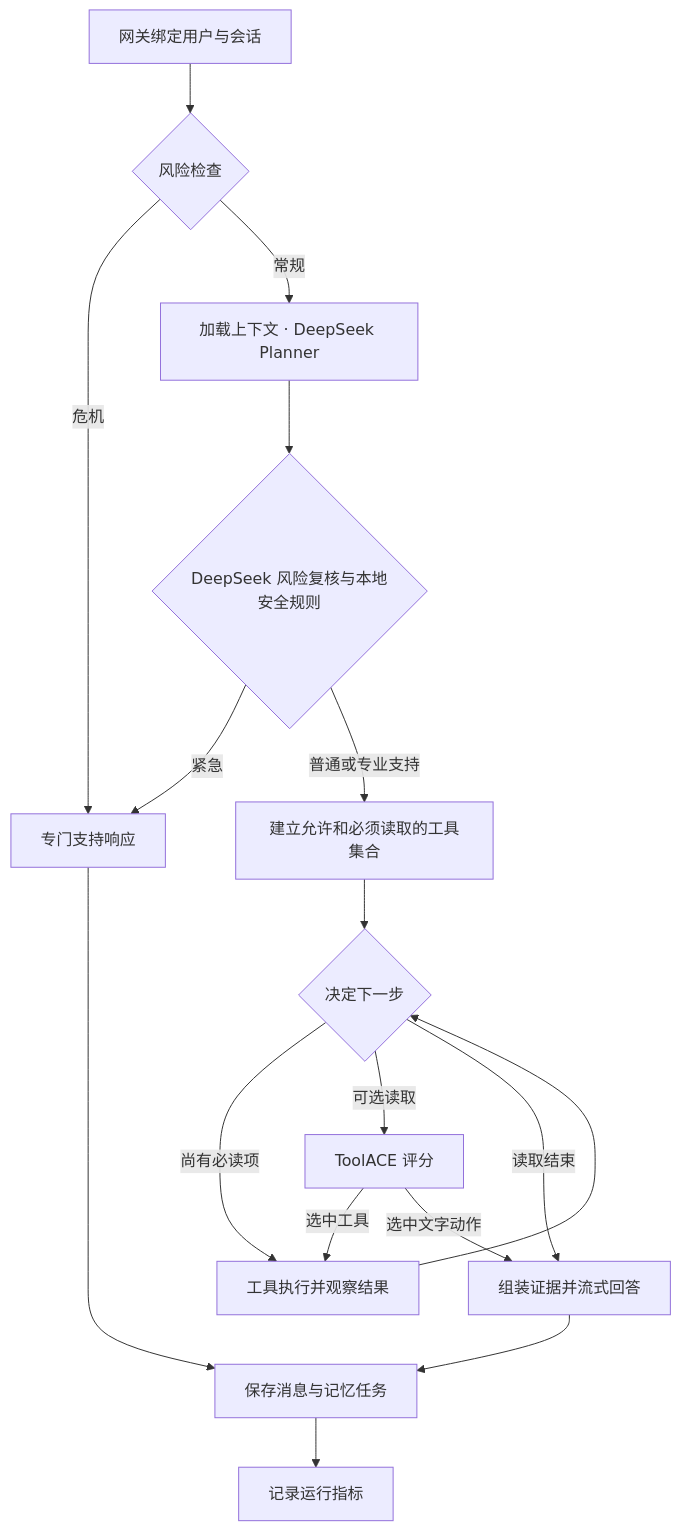
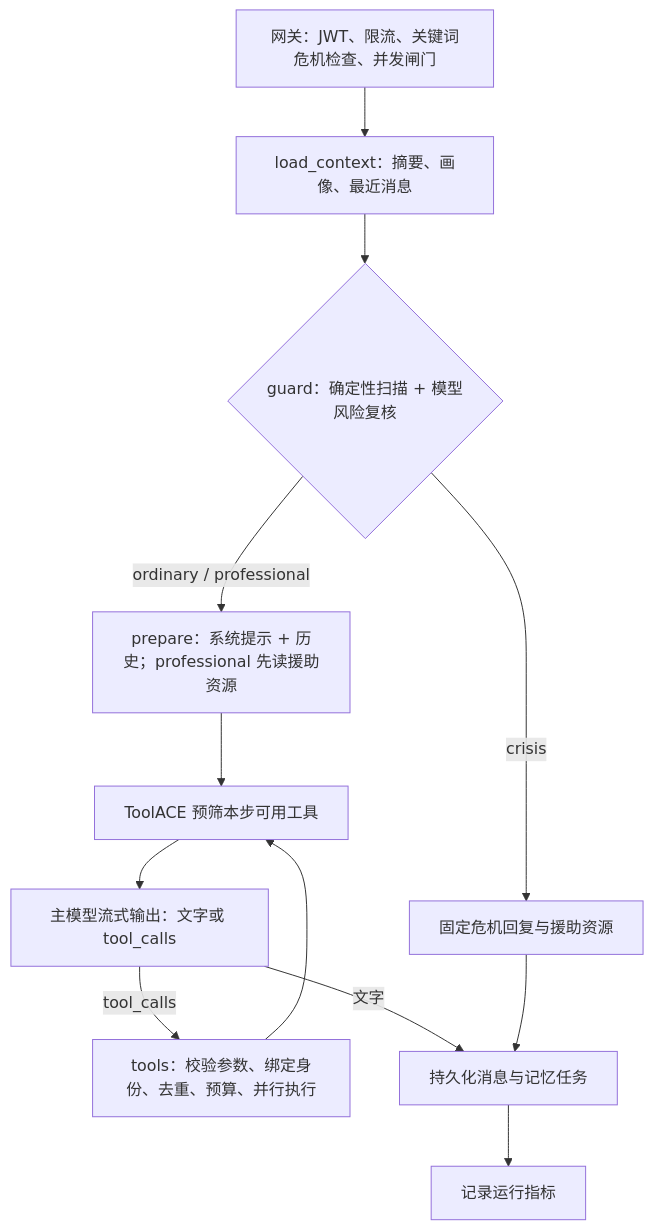
One commit to Vaniloo/psych-agent-engineering changed the second of 2 diagrams in docs/architecture.md. Above: the diagram before and after it, drawn with Mermaid. The commit also changed other lines of this file and 73 other files, not shown here.

````diff
--- a/docs/architecture.md
+++ b/docs/architecture.md
@@ -29,19 +29,14 @@
 ```mermaid
 flowchart TD
-  A[网关绑定用户与会话] --> B{风险检查}
-  B -->|危机| C[专门支持响应]
-  B -->|常规| D[加载上下文 · DeepSeek Planner]
-  D --> V{DeepSeek 风险复核与本地安全规则}
-  V -->|紧急| C
-  V -->|普通或专业支持| E[建立允许和必须读取的工具集合]
-  E --> F{决定下一步}
-  F -->|尚有必读项| G[工具执行并观察结果]
-  F -->|可选读取| Q[ToolACE 评分]
-  Q -->|选中工具| G
-  G --> F
-  Q -->|选中文字动作| R[组装证据并流式回答]
-  F -->|读取结束| R
-  C --> P[保存消息与记忆任务]
-  R --> P
-  P --> Z[记录运行指标]
+  A[网关：JWT、限流、关键词危机检查、并发闸门] --> L[load_context：摘要、画像、最近消息]
+  L --> G{guard：确定性扫描 + 模型风险复核}
+  G -->|crisis| C[固定危机回复与援助资源]
+  G -->|ordinary / professional| P[prepare：系统提示 + 历史；professional 先读援助资源]
+  P --> S[ToolACE 预筛本步可用工具]
+  S --> M[主模型流式输出：文字或 tool_calls]
+  M -->|tool_calls| T[tools：校验参数、绑定身份、去重、预算、并行执行]
+  T --> S
+  M -->|文字| R[持久化消息与记忆任务]
+  C --> R
+  R --> Z[记录运行指标]
 ```
````
